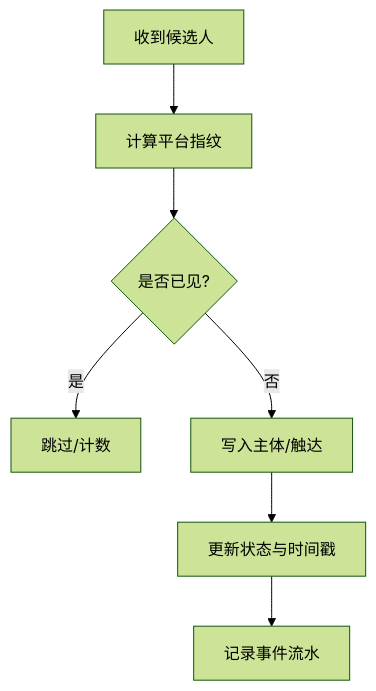
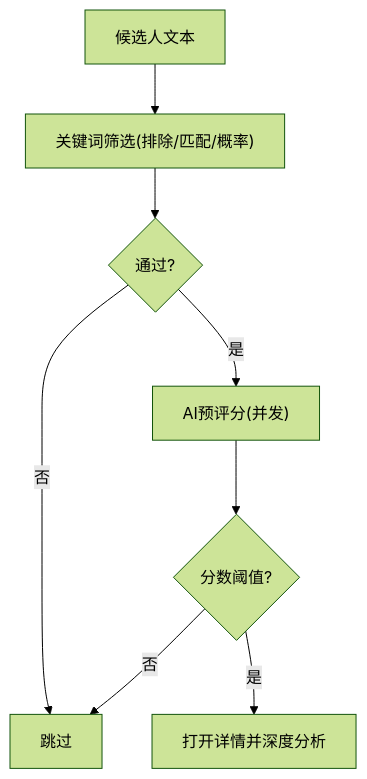
The fifth of 7 diagrams in .qoder/repowiki/zh/content/本地执行器/平台适配器/智联招聘适配器/候选人处理.md (alvinwangzi/goodhr), drawn with Mermaid (forest theme) before and after one commit. The commit also changed other lines of this file and 149 other files, not shown here.

````diff
--- a/.qoder/repowiki/zh/content/本地执行器/平台适配器/智联招聘适配器/候选人处理.md
+++ b/.qoder/repowiki/zh/content/本地执行器/平台适配器/智联招聘适配器/候选人处理.md
@@ -257,9 +207,10 @@
 ```mermaid
 flowchart TD
-A["收到候选人"] --> B["计算平台指纹"]
-B --> C{"是否已见?"}
-C --> |是| D["跳过/计数"]
-C --> |否| E["写入主体/触达"]
-E --> F["更新状态与时间戳"]
-F --> G["记录事件流水"]
+A["候选人文本"] --> B["关键词筛选(排除/匹配/概率)"]
+B --> C{"通过?"}
+C --> |否| D["跳过"]
+C --> |是| E["AI预评分(并发)"]
+E --> F{"分数阈值?"}
+F --> |否| D
+F --> |是| G["打开详情并深度分析"]
 ```
````
